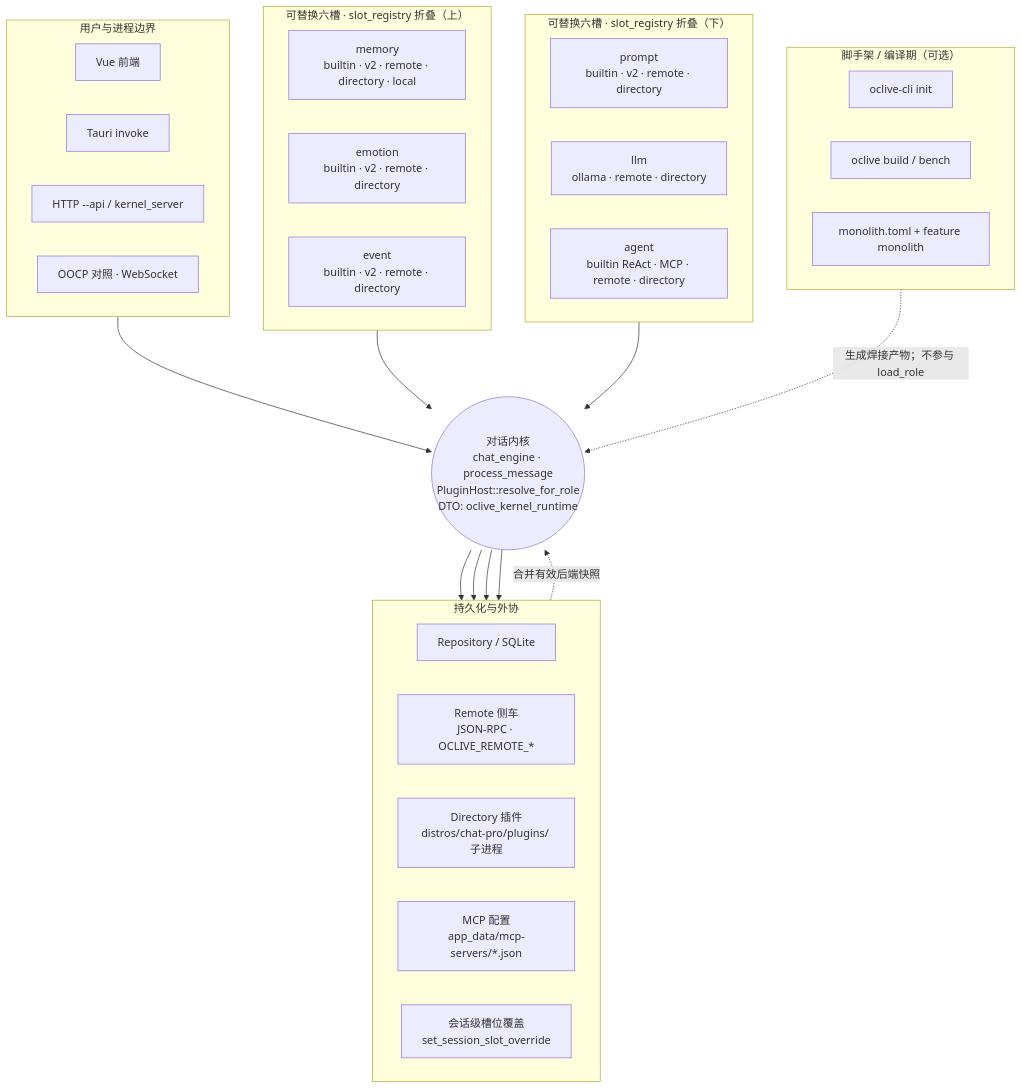
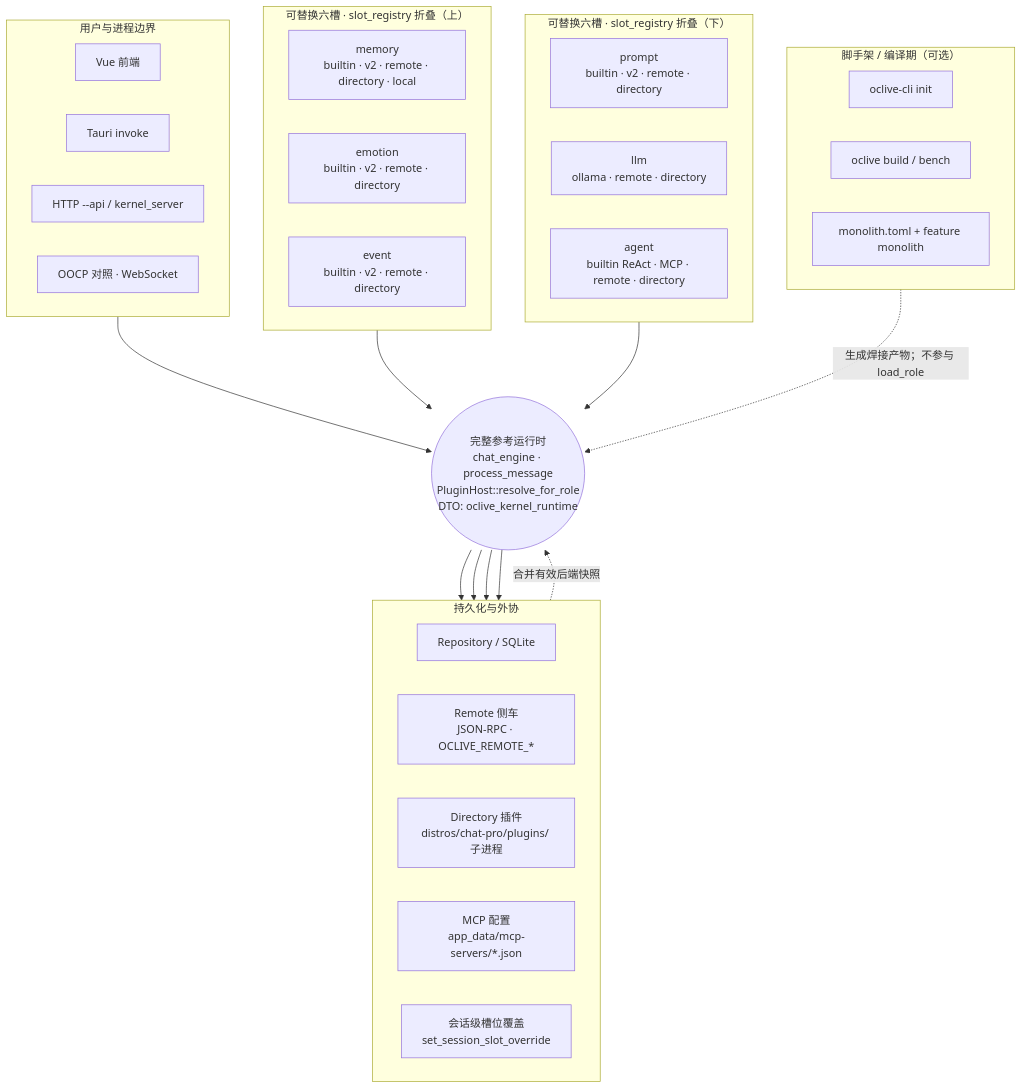
One commit to linkaiheng2233-cyber/oclivenewnew changed the first of 2 diagrams in creator-docs/getting-started/KERNEL_AND_MODULES_ARCHITECTURE.md. Above: the diagram before and after it, drawn with Mermaid. The commit also changed other lines of this file and 231 other files, not shown here.

Commit message:
docs(architecture): align project around tool kernel

````diff
--- a/creator-docs/getting-started/KERNEL_AND_MODULES_ARCHITECTURE.md
+++ b/creator-docs/getting-started/KERNEL_AND_MODULES_ARCHITECTURE.md
@@ -19,52 +19,52 @@
 ```mermaid
 flowchart TB
   subgraph boundary["用户与进程边界"]
     direction LR
     UI["Vue 前端"]
     TAURI["Tauri invoke"]
     API["HTTP --api / kernel_server"]
     OOCP["OOCP 对照 · WebSocket"]
   end
 
   subgraph six_top["可替换六槽 · slot_registry 折叠（上）"]
     direction LR
     M["memory<br/>builtin · v2 · remote · directory · local"]
     EM["emotion<br/>builtin · v2 · remote · directory"]
     EV["event<br/>builtin · v2 · remote · directory"]
   end
 
-  K(("对话内核<br/>chat_engine · process_message<br/>PluginHost::resolve_for_role<br/>DTO: oclive_kernel_runtime"))
+  K(("完整参考运行时<br/>chat_engine · process_message<br/>PluginHost::resolve_for_role<br/>DTO: oclive_kernel_runtime"))
 
   subgraph six_bot["可替换六槽 · slot_registry 折叠（下）"]
     direction LR
     PR["prompt<br/>builtin · v2 · remote · directory"]
     LL["llm<br/>ollama · remote · directory"]
     AG["agent<br/>builtin ReAct · MCP · remote · directory"]
   end
 
   subgraph infra["持久化与外协"]
     direction LR
     REPO["Repository / SQLite"]
     RMT["Remote 侧车<br/>JSON-RPC · OCLIVE_REMOTE_*"]
     DIR["Directory 插件<br/>distros/chat-pro/plugins/ 子进程"]
     MCP["MCP 配置<br/>app_data/mcp-servers/*.json"]
     SESS["会话级槽位覆盖<br/>set_session_slot_override"]
   end
 
   subgraph toolchain["脚手架 / 编译期（可选）"]
     direction LR
     OCLI["oclive-cli init"]
     BUILD["oclive build / bench"]
     MONO["monolith.toml + feature monolith"]
   end
 
   boundary --> K
   six_top --> K
   six_bot --> K
   K --> REPO
   K --> RMT
   K --> DIR
   K --> MCP
   SESS -.->|合并有效后端快照| K
   toolchain -.->|生成焊接产物；不参与 load_role| K
 ```
````
